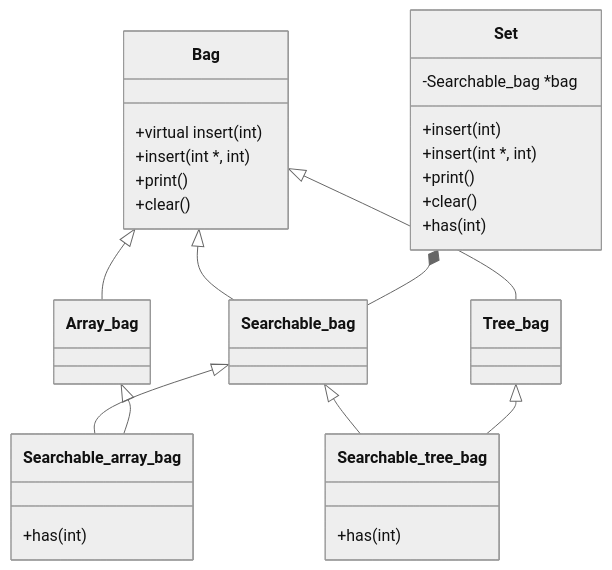
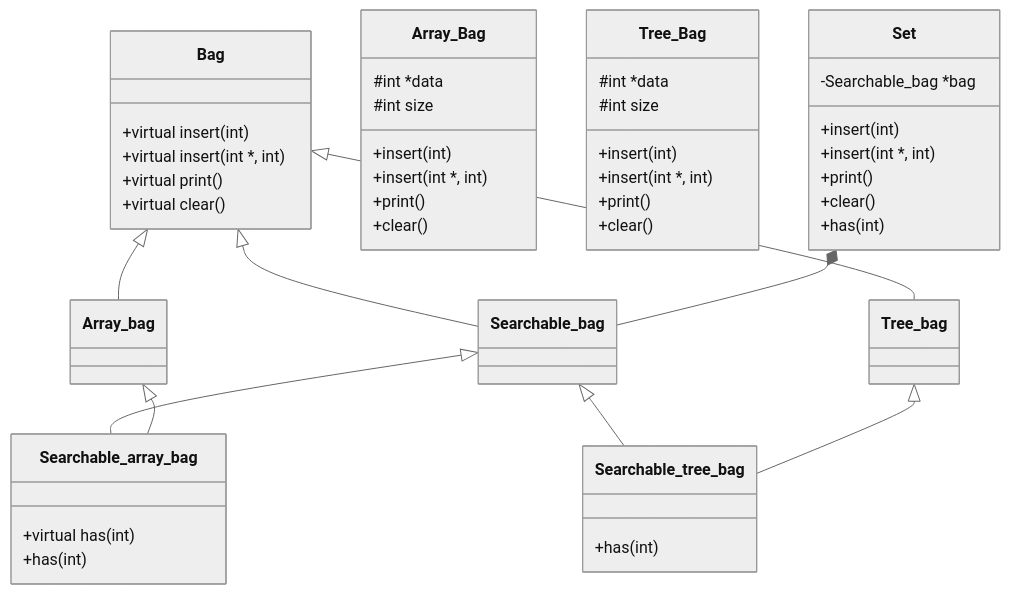
One commit to luismiguelcasadodiaz/Exam_rank_05 changed the diagram in l0/polyset/README.md. Above: the diagram before and after it, drawn with Mermaid (neutral theme).

````diff
--- a/l0/polyset/README.md
+++ b/l0/polyset/README.md
@@ -16,31 +16,44 @@
 ```mermaid
 classDiagram
   class Bag
   Bag : +virtual insert(int)
-  Bag : +insert(int *, int)
-  Bag : +print()
-  Bag : +clear()
+  Bag : +virtual insert(int *, int)
+  Bag : +virtual print()
+  Bag : +virtual clear()
   class Array_bag
+  Array_Bag : #int *data
+  Array_Bag : #int size
+  Array_Bag : +insert(int)
+  Array_Bag : +insert(int *, int)
+  Array_Bag : +print()
+  Array_Bag : +clear()
   class Tree_bag
+  Tree_Bag : #int *data
+  Tree_Bag : #int size
+  Tree_Bag : +insert(int)
+  Tree_Bag : +insert(int *, int)
+  Tree_Bag : +print()
+  Tree_Bag : +clear()
   class Searchable_bag
+  Searchable_array_bag : +virtual has(int)
   class Searchable_array_bag
   Searchable_array_bag : +has(int)
   class Searchable_tree_bag
   Searchable_tree_bag : +has(int)
   class Set
   Set : -Searchable_bag *bag
   Set : +insert(int)
   Set : +insert(int *, int)
   Set : +print()
   Set : +clear()
   Set : +has(int)
   Bag <|-- Array_bag
   Bag <|-- Tree_bag
   Bag <|-- Searchable_bag
   Searchable_bag <|-- Searchable_tree_bag
   Searchable_bag <|-- Searchable_array_bag
   Tree_bag <|-- Searchable_tree_bag
   Array_bag <|-- Searchable_array_bag
   Set *-- Searchable_bag
   %% This is a comment
 ```
````
